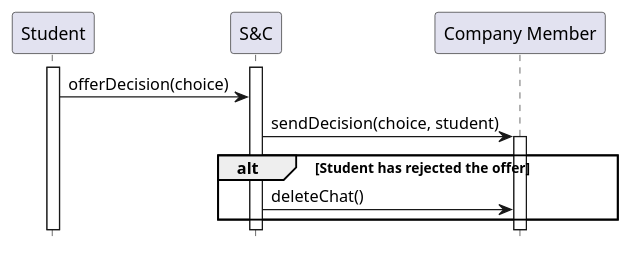
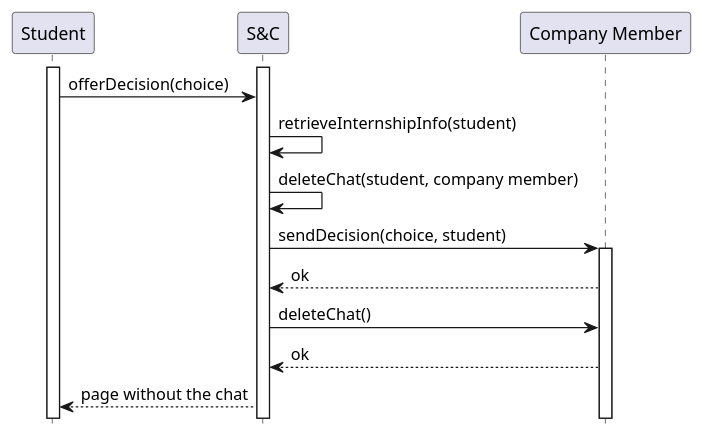
Before and after one commit to matti8702/R_and_DD_project_SE2: the diagram in RASD/Specific_requirements/uml_diagrams/UC20_diagram.puml, drawn with PlantUML. The commit also changed 12 other files, not shown here.

```diff
--- a/RASD/Specific_requirements/uml_diagrams/UC20_diagram.puml
+++ b/RASD/Specific_requirements/uml_diagrams/UC20_diagram.puml
@@ -1,17 +1,20 @@
 @startuml UC20_diagram
 hide footbox
 
 participant "Student" as ST
 participant "S&C" AS S
 participant "Company Member" as CM
 
 activate ST
 activate S
 
 ST -> S: offerDecision(choice)
+S -> S : retrieveInternshipInfo(student)
+S -> S : deleteChat(student, company member)
 S  -> CM : sendDecision(choice, student)
 activate CM
-alt Student has rejected the offer
-    S -> CM : deleteChat()
-end
+CM --> S : ok
+S -> CM : deleteChat()
+CM --> S : ok
+S --> ST : page without the chat
 @enduml
```
